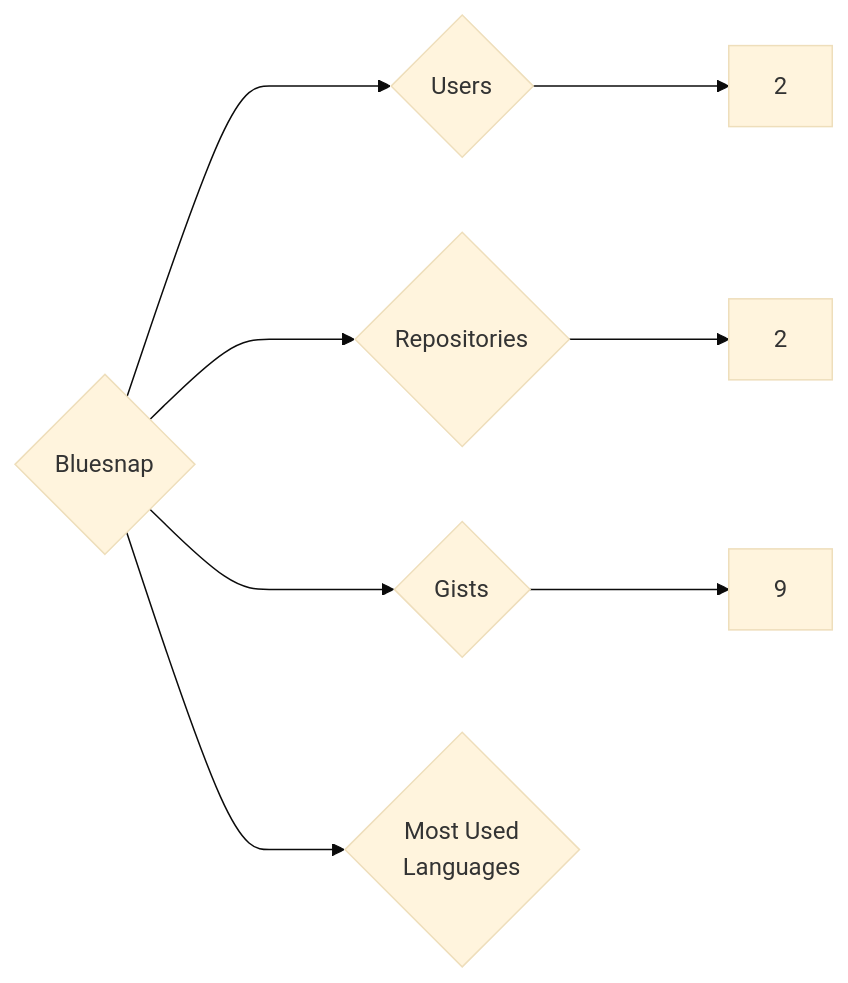
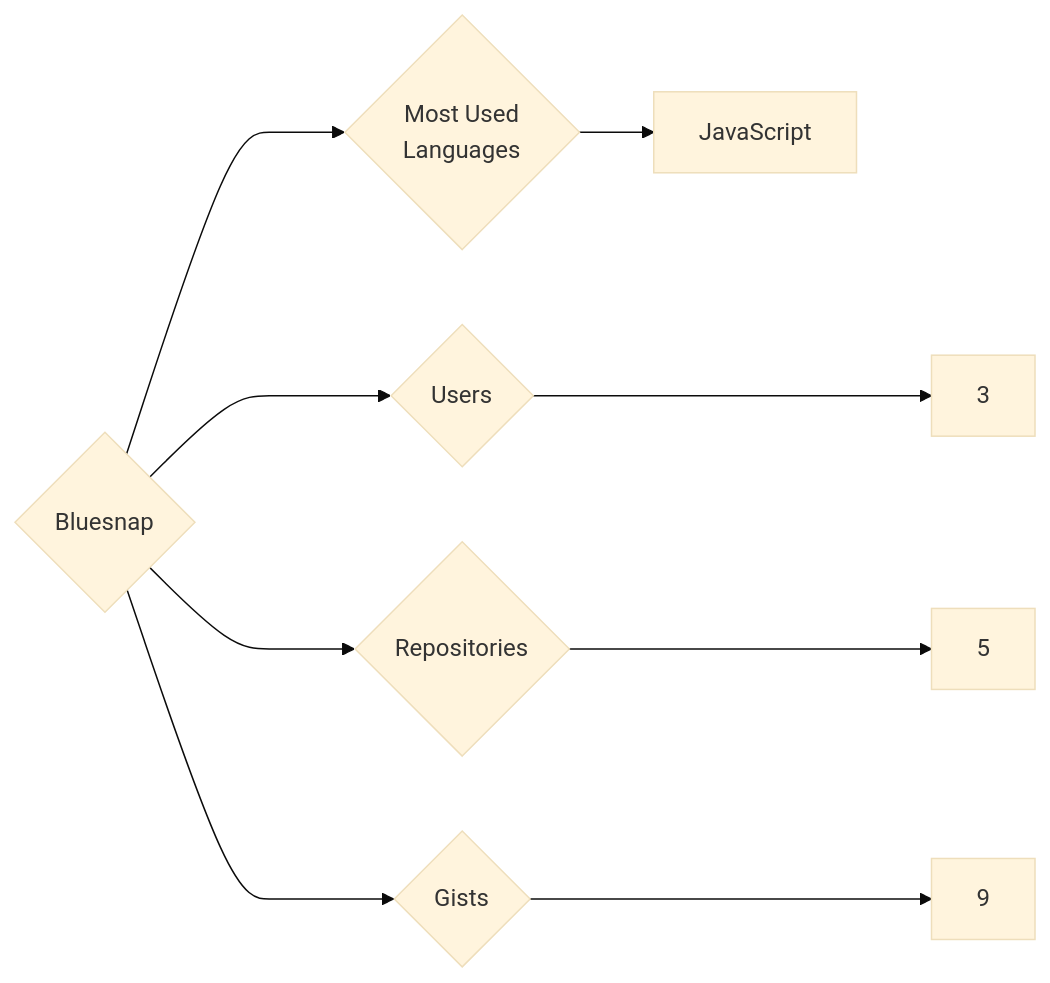
Before and after one commit to trickest/insiders: the diagram in targets/Bluesnap/README.md, drawn with Mermaid (base theme). The commit also changed 1084 other files, not shown here.

````diff
--- a/targets/Bluesnap/README.md
+++ b/targets/Bluesnap/README.md
@@ -3,8 +3,9 @@
 ```mermaid
 graph LR
 COMPANY_NAME{Bluesnap}
-COMPANY_NAME ---> U{Users} ---> UN[2]
-COMPANY_NAME ---> R{Repositories} ---> RN[2]
+COMPANY_NAME ---> U{Users} ---> UN[3]
+COMPANY_NAME ---> R{Repositories} ---> RN[5]
 COMPANY_NAME ---> G{Gists} ---> GN[9]
 COMPANY_NAME ---> ML{Most Used<br>Languages}
+ML --> JavaScript[JavaScript]
 ```
````
